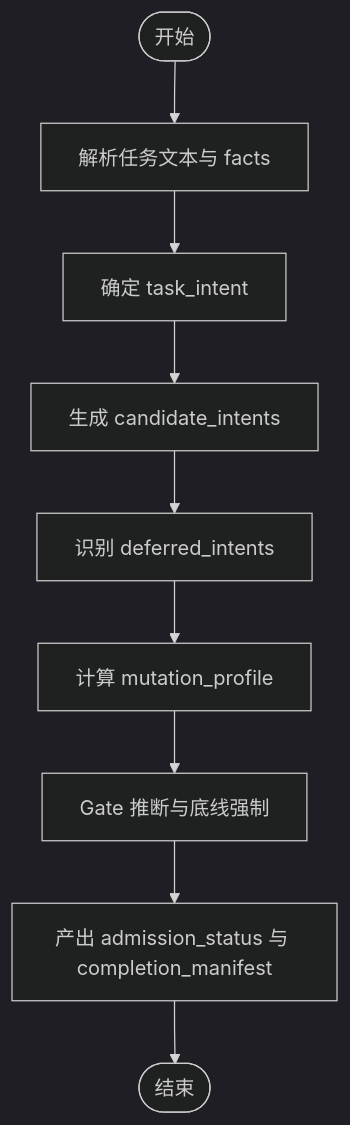
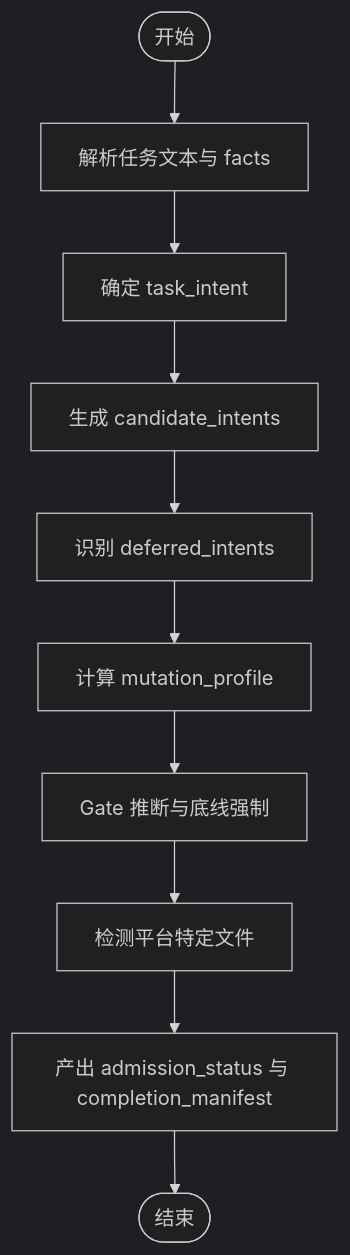
The fourth of 12 diagrams in .qoder/repowiki/zh/content/任务管理/任务管理.md (HackSing/docs-harness), drawn with Mermaid (dark theme) before and after one commit. The commit also changed other lines of this file and 40 other files, not shown here.

````diff
--- a/.qoder/repowiki/zh/content/任务管理/任务管理.md
+++ b/.qoder/repowiki/zh/content/任务管理/任务管理.md
@@ -140,11 +155,12 @@
 ```mermaid
 flowchart TD
 Start(["开始"]) --> Parse["解析任务文本与 facts"]
 Parse --> Intent["确定 task_intent"]
 Intent --> Candidates["生成 candidate_intents"]
 Candidates --> Deferred["识别 deferred_intents"]
 Deferred --> Mutation["计算 mutation_profile"]
 Mutation --> Gates["Gate 推断与底线强制"]
-Gates --> Admission["产出 admission_status 与 completion_manifest"]
+Gates --> Platform["检测平台特定文件"]
+Platform --> Admission["产出 admission_status 与 completion_manifest"]
 Admission --> End(["结束"])
 ```
````
